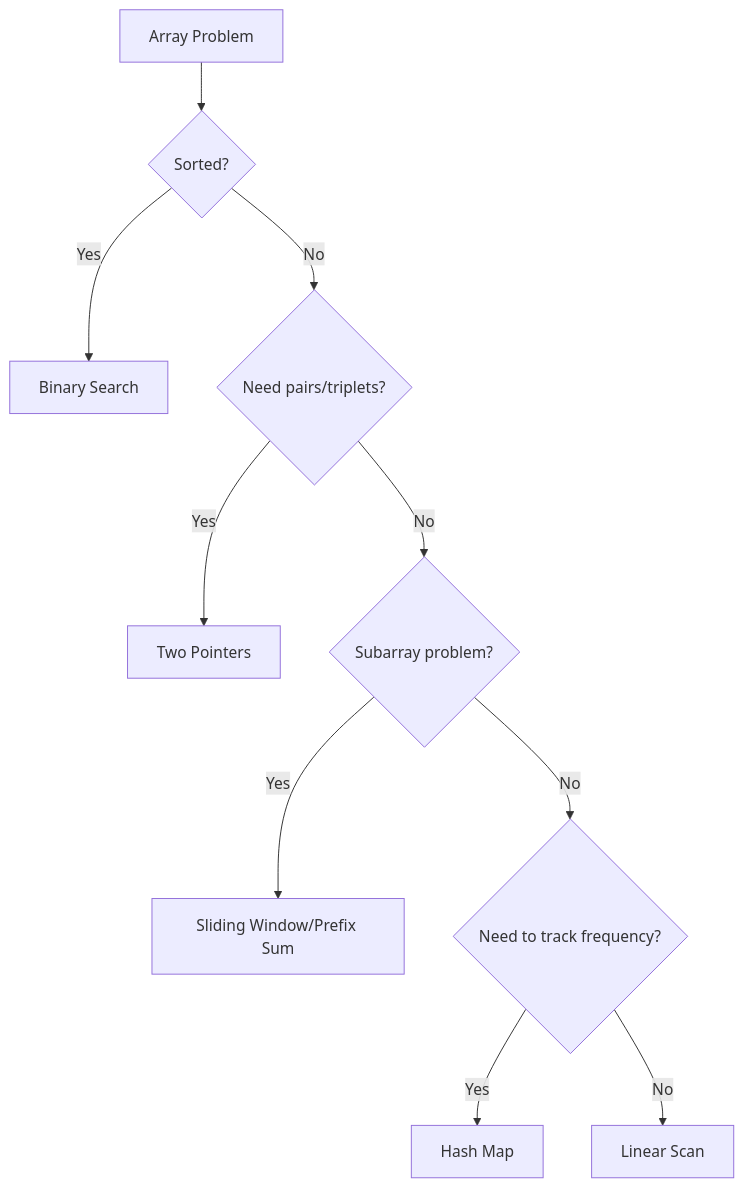
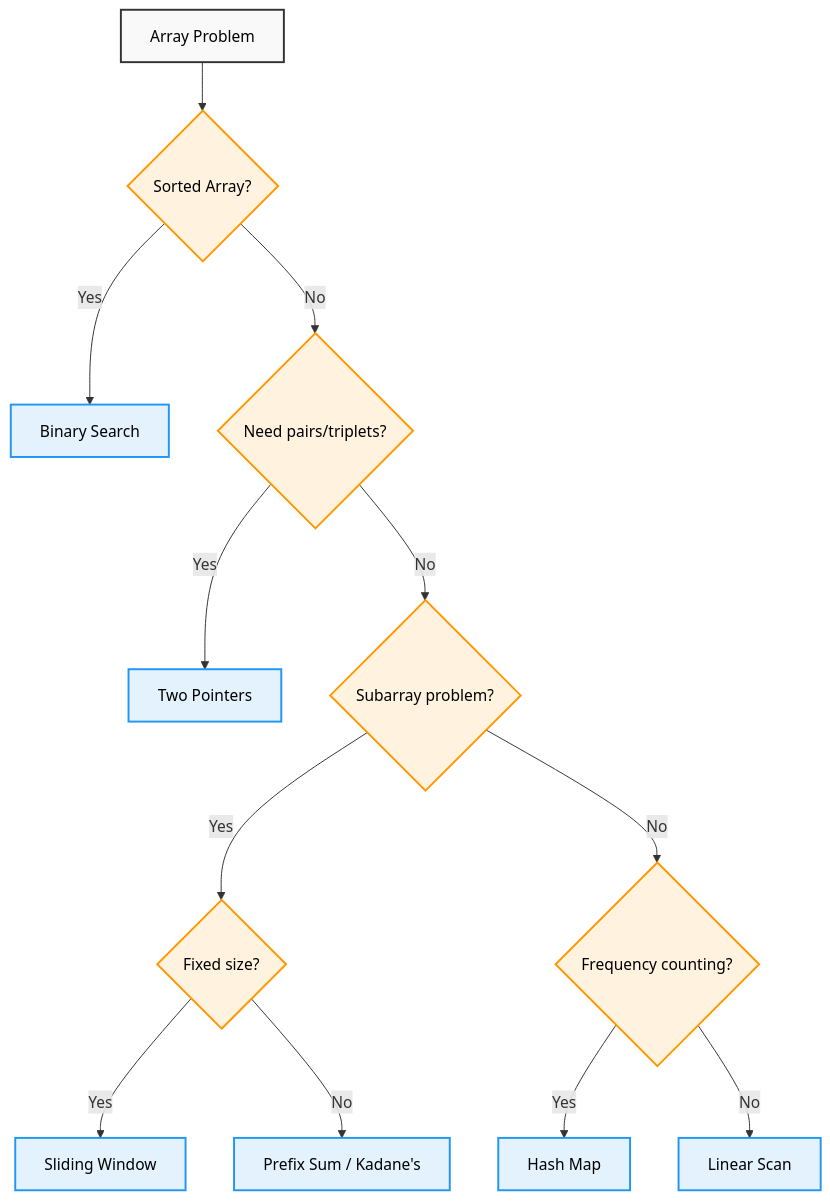
The ninth of 9 diagrams in concepts/arrays.md (AbhishekGiri04/CodeVault), drawn with Mermaid before and after one commit. The commit also changed other lines of this file, not shown here.

````diff
--- a/concepts/arrays.md
+++ b/concepts/arrays.md
@@ -549,15 +938,23 @@
 ```mermaid
-graph TD
-    A[Array Problem] --> B{Sorted?}
-    B -->|Yes| C[Binary Search]
-    B -->|No| D{Need pairs/triplets?}
+flowchart TD
+    A["Array Problem"] --> B{"Sorted Array?"}
+    B -->|Yes| C["Binary Search"]
+    B -->|No| D{"Need pairs/triplets?"}
     
-    D -->|Yes| E[Two Pointers]
-    D -->|No| F{Subarray problem?}
+    D -->|Yes| E["Two Pointers"]
+    D -->|No| F{"Subarray problem?"}
     
-    F -->|Yes| G[Sliding Window/Prefix Sum]
-    F -->|No| H{Need to track frequency?}
+    F -->|Yes| G{"Fixed size?"}
+    G -->|Yes| H["Sliding Window"]
+    G -->|No| I["Prefix Sum / Kadane's"]
     
-    H -->|Yes| I[Hash Map]
-    H -->|No| J[Linear Scan]
+    F -->|No| J{"Frequency counting?"}
+    J -->|Yes| K["Hash Map"]
+    J -->|No| L["Linear Scan"]
+    
+    classDef default fill:#f9f9f9,stroke:#333,stroke-width:2px,color:#000
+    classDef technique fill:#e3f2fd,stroke:#2196f3,stroke-width:2px,color:#000
+    classDef decision fill:#fff3e0,stroke:#ff9800,stroke-width:2px,color:#000
+    class C,E,H,I,K,L technique
+    class B,D,F,G,J decision
 ```
````
